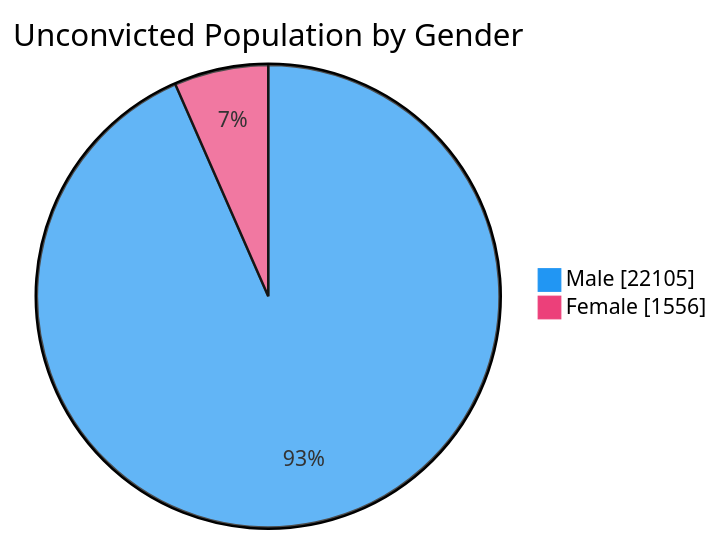
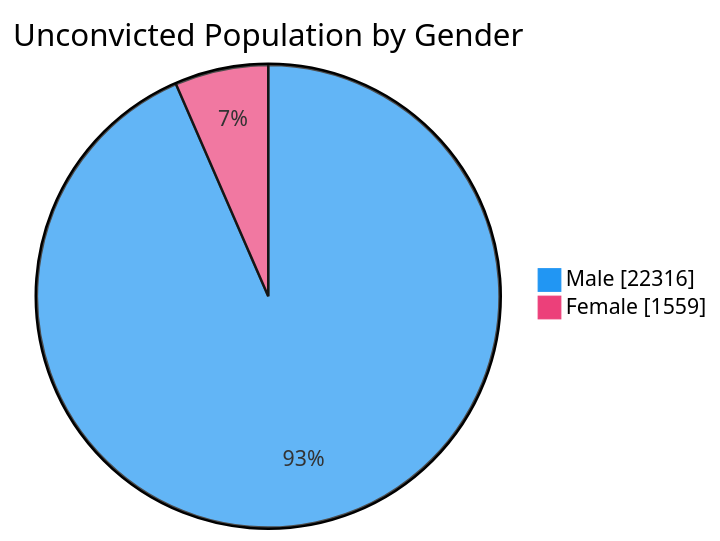
The fourth of 7 diagrams in README.md (nuuuwan/lk_prisons), drawn with Mermaid before and after one commit. The commit also changed other lines of this file and 1 other file, not shown here.

````diff
--- a/README.md
+++ b/README.md
@@ -76,6 +76,6 @@
 ```mermaid
 %%{init: {'themeVariables': {'pie1': '#2196F3', 'pie2': '#EC407A'}}}%%
 pie showData title Unconvicted Population by Gender
-    "Male" : 22105
-    "Female" : 1556
+    "Male" : 22316
+    "Female" : 1559
 ```
````
